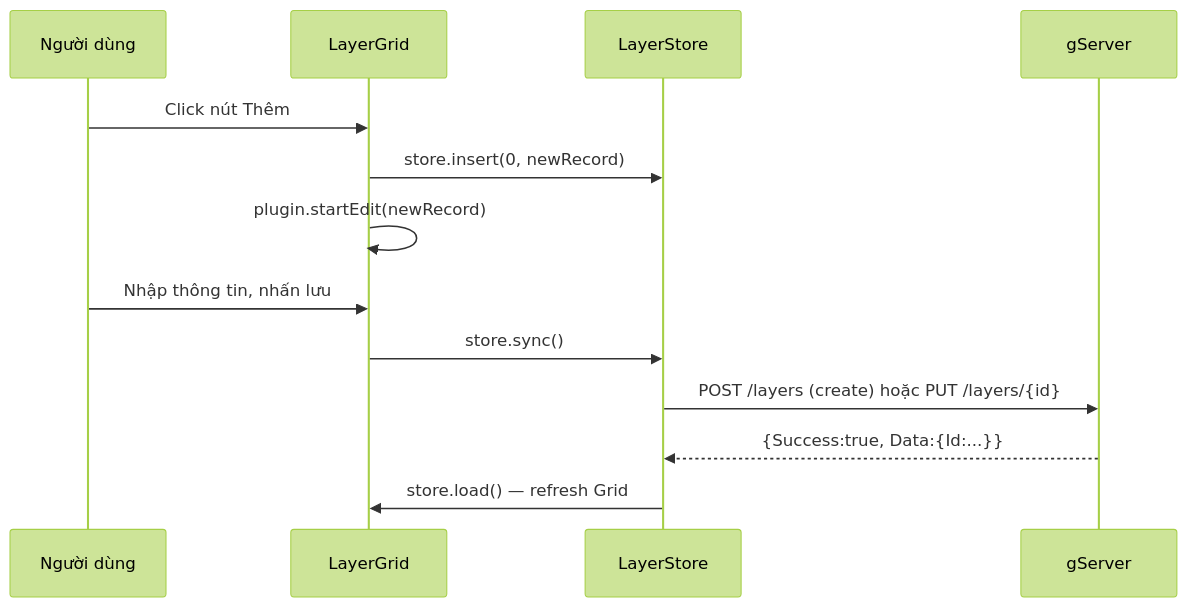
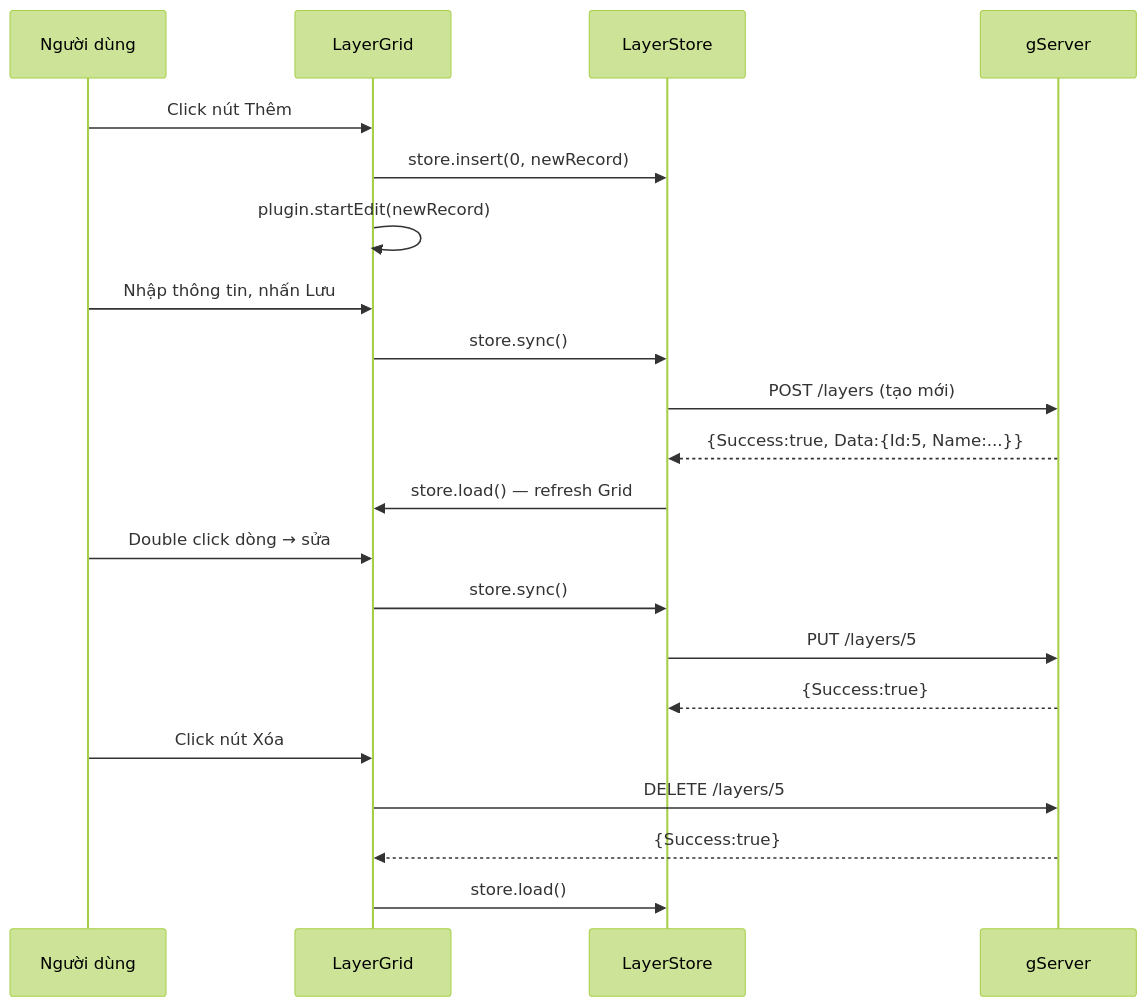
One commit to giangvanhung/gServer_0.0.1 changed the fourth of 6 diagrams in gServer_Introduction/docs/dataflow.md. Above: the diagram before and after it, drawn with Mermaid (forest theme). The commit also changed other lines of this file and 91 other files, not shown here.

````diff
--- a/gServer_Introduction/docs/dataflow.md
+++ b/gServer_Introduction/docs/dataflow.md
@@ -57,16 +57,26 @@
 ```mermaid
 sequenceDiagram
     participant U as Người dùng
     participant G as LayerGrid
     participant S as LayerStore
     participant WCF as gServer
 
     U->>G: Click nút Thêm
     G->>S: store.insert(0, newRecord)
     G->>G: plugin.startEdit(newRecord)
-    U->>G: Nhập thông tin, nhấn lưu
+    U->>G: Nhập thông tin, nhấn Lưu
     G->>S: store.sync()
-    S->>WCF: POST /layers (create) hoặc PUT /layers/{id}
-    WCF-->>S: {Success:true, Data:{Id:...}}
+    S->>WCF: POST /layers (tạo mới)
+    WCF-->>S: {Success:true, Data:{Id:5, Name:...}}
     S->>G: store.load() — refresh Grid
+
+    U->>G: Double click dòng → sửa
+    G->>S: store.sync()
+    S->>WCF: PUT /layers/5
+    WCF-->>S: {Success:true}
+
+    U->>G: Click nút Xóa
+    G->>WCF: DELETE /layers/5
+    WCF-->>G: {Success:true}
+    G->>S: store.load()
 ```
````
